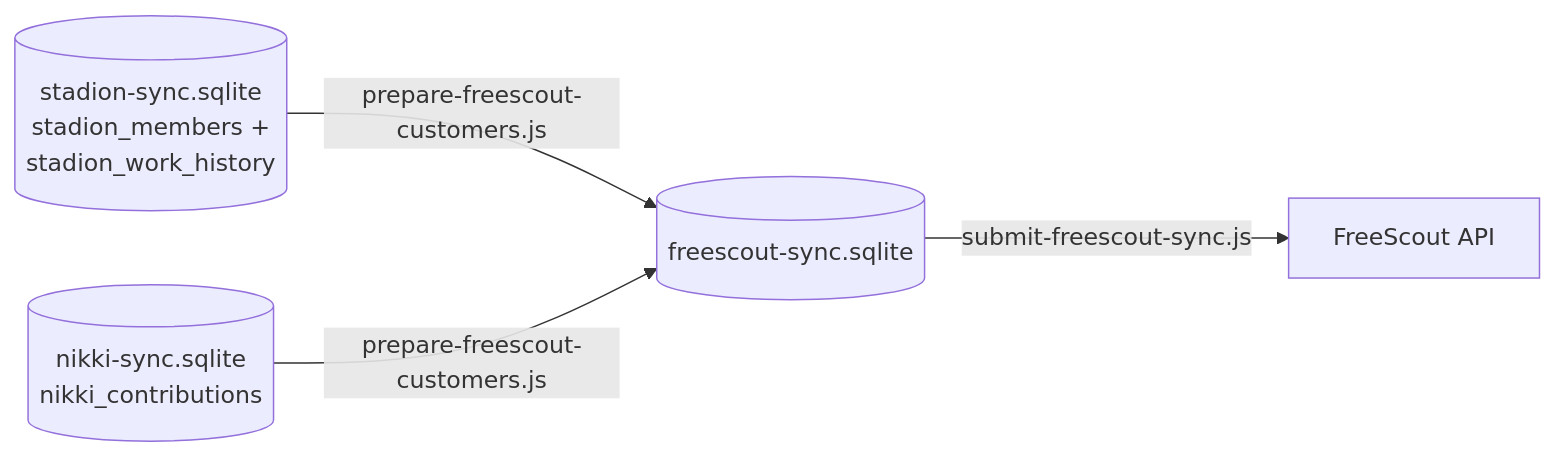
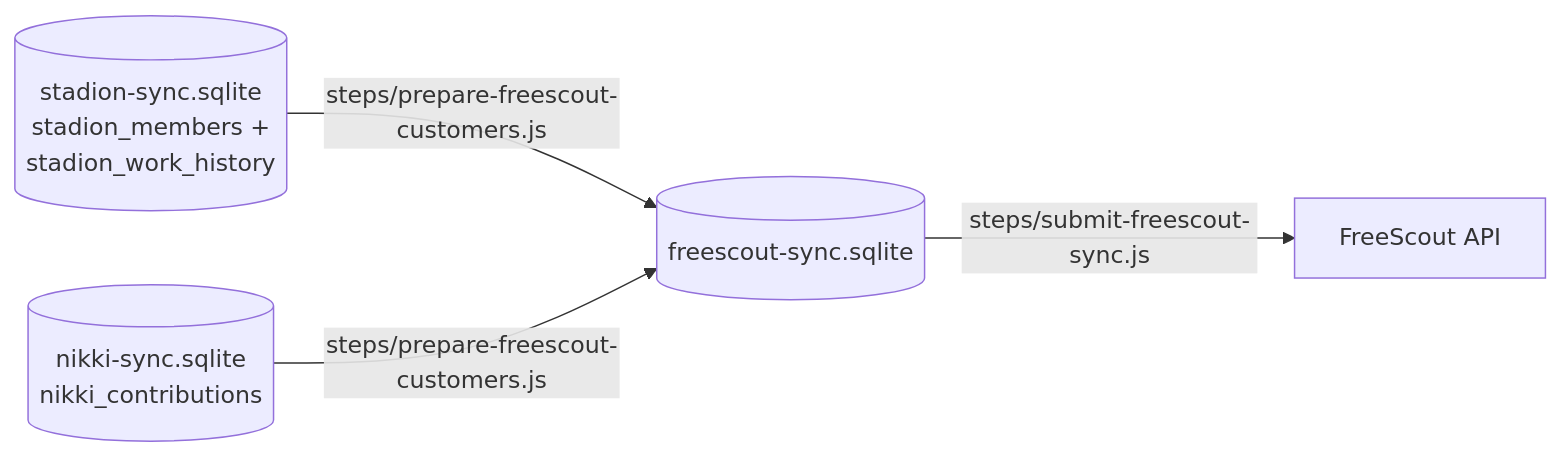
One commit to jdevalk/sportlink-sync changed the sixth of 8 diagrams in docs/sync-architecture.md. Above: the diagram before and after it, drawn with Mermaid. The commit also changed other lines of this file and 117 other files, not shown here.

````diff
--- a/docs/sync-architecture.md
+++ b/docs/sync-architecture.md
@@ -415,11 +415,11 @@
 ```mermaid
 graph LR
     DB_S[(stadion-sync.sqlite<br>stadion_members +<br>stadion_work_history)]
     DB_N[(nikki-sync.sqlite<br>nikki_contributions)]
     DB_F[(freescout-sync.sqlite)]
     FS[FreeScout API]
 
-    DB_S -->|prepare-freescout-customers.js| DB_F
-    DB_N -->|prepare-freescout-customers.js| DB_F
-    DB_F -->|submit-freescout-sync.js| FS
+    DB_S -->|steps/prepare-freescout-customers.js| DB_F
+    DB_N -->|steps/prepare-freescout-customers.js| DB_F
+    DB_F -->|steps/submit-freescout-sync.js| FS
 ```
````
